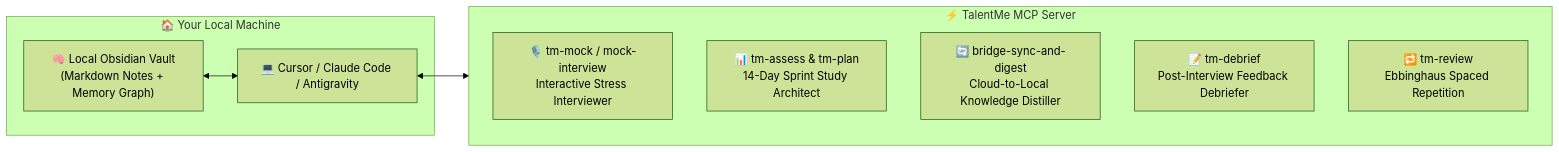
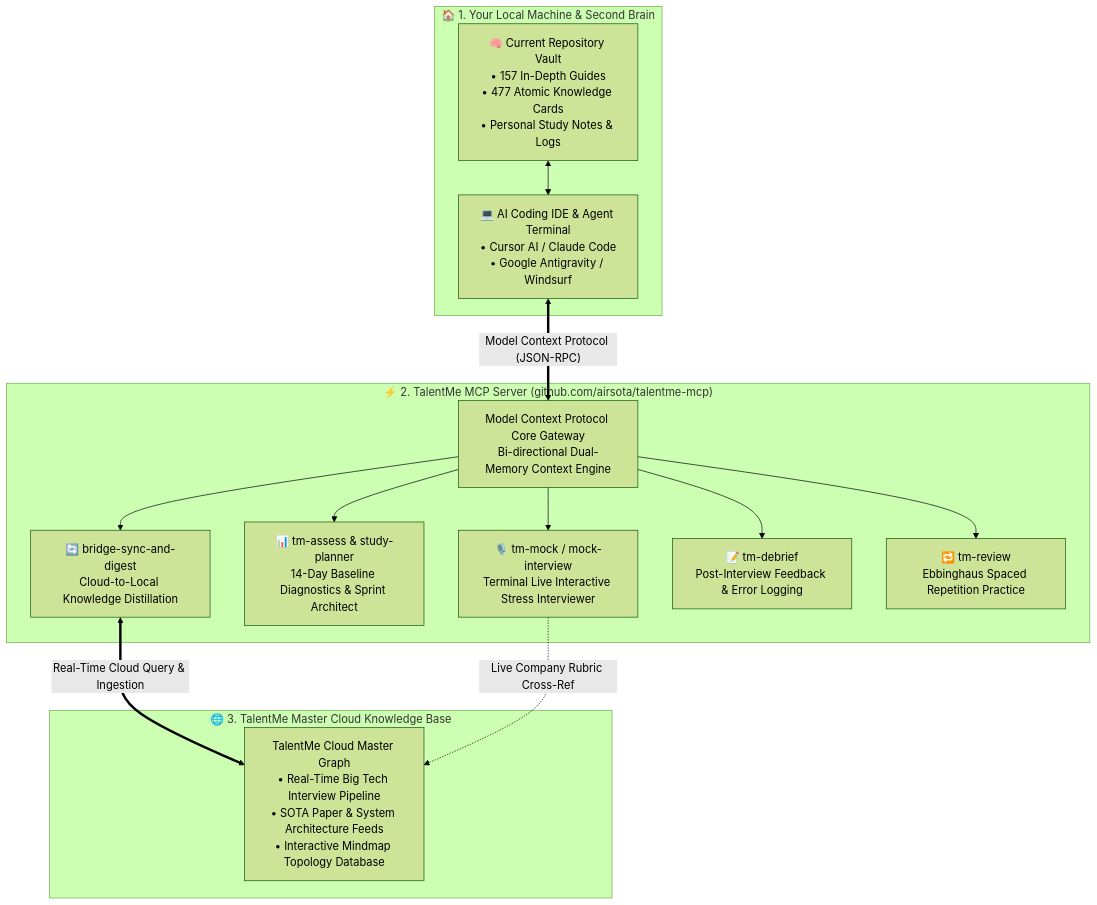
The second of 2 diagrams in README.md (airsota/TalentMe-Awesome-AI-ML-Interview-Vault), drawn with Mermaid (forest theme) before and after one commit. The commit also changed other lines of this file, not shown here.

Commit message:
docs: enrich MCP architecture diagram with dual local-cloud memory bridge and repo link

````diff
--- a/README.md
+++ b/README.md
@@ -200,18 +200,42 @@
 ```mermaid
-graph LR
-    subgraph Local["🏠 Your Local Machine"]
-        Obsidian["🧠 Local Obsidian Vault<br/>(Markdown Notes + Memory Graph)"]
-        IDE["💻 Cursor / Claude Code / Antigravity"]
+graph TD
+    %% ==========================================
+    %% 1. Local Second Brain & IDE
+    %% ==========================================
+    subgraph S1["🏠 1. Your Local Machine & Second Brain"]
+        V1["🧠 Current Repository Vault<br/>• 157 In-Depth Guides<br/>• 477 Atomic Knowledge Cards<br/>• Personal Study Notes & Logs"]
+        IDE1["💻 AI Coding IDE & Agent Terminal<br/>• Cursor AI / Claude Code<br/>• Google Antigravity / Windsurf"]
+        V1 <--> IDE1
     end
 
-    subgraph MCP["⚡ TalentMe MCP Server"]
-        Mock["🎙️ tm-mock / mock-interview<br/>Interactive Stress Interviewer"]
-        Assess["📊 tm-assess & tm-plan<br/>14-Day Sprint Study Architect"]
-        Sync["🔄 bridge-sync-and-digest<br/>Cloud-to-Local Knowledge Distiller"]
-        Debrief["📝 tm-debrief<br/>Post-Interview Feedback Debriefer"]
-        Review["🔁 tm-review<br/>Ebbinghaus Spaced Repetition"]
+    %% ==========================================
+    %% 2. TalentMe MCP Protocol Server
+    %% ==========================================
+    subgraph S2["⚡ 2. TalentMe MCP Server (github.com/airsota/talentme-mcp)"]
+        MCP_Core["Model Context Protocol Core Gateway<br/>Bi-directional Dual-Memory Context Engine"]
+        
+        T1["🎙️ tm-mock / mock-interview<br/>Terminal Live Interactive Stress Interviewer"]
+        T2["📊 tm-assess & study-planner<br/>14-Day Baseline Diagnostics & Sprint Architect"]
+        T3["🔄 bridge-sync-and-digest<br/>Cloud-to-Local Knowledge Distillation"]
+        T4["📝 tm-debrief<br/>Post-Interview Feedback & Error Logging"]
+        T5["🔁 tm-review<br/>Ebbinghaus Spaced Repetition Practice"]
+        
+        MCP_Core --> T1
+        MCP_Core --> T2
+        MCP_Core --> T3
+        MCP_Core --> T4
+        MCP_Core --> T5
     end
 
-    Obsidian <--> IDE
-    IDE <--> MCP
+    %% ==========================================
+    %% 3. TalentMe Cloud Knowledge Base
+    %% ==========================================
+    subgraph S3["🌐 3. TalentMe Master Cloud Knowledge Base"]
+        Cloud_KB["TalentMe Cloud Master Graph<br/>• Real-Time Big Tech Interview Pipeline<br/>• SOTA Paper & System Architecture Feeds<br/>• Interactive Mindmap Topology Database"]
+    end
+
+    %% Connectors
+    IDE1 <== "Model Context Protocol (JSON-RPC)" ==> MCP_Core
+    T3 <== "Real-Time Cloud Query & Ingestion" ==> Cloud_KB
+    T1 -. "Live Company Rubric Cross-Ref" .-> Cloud_KB
 ```
````
